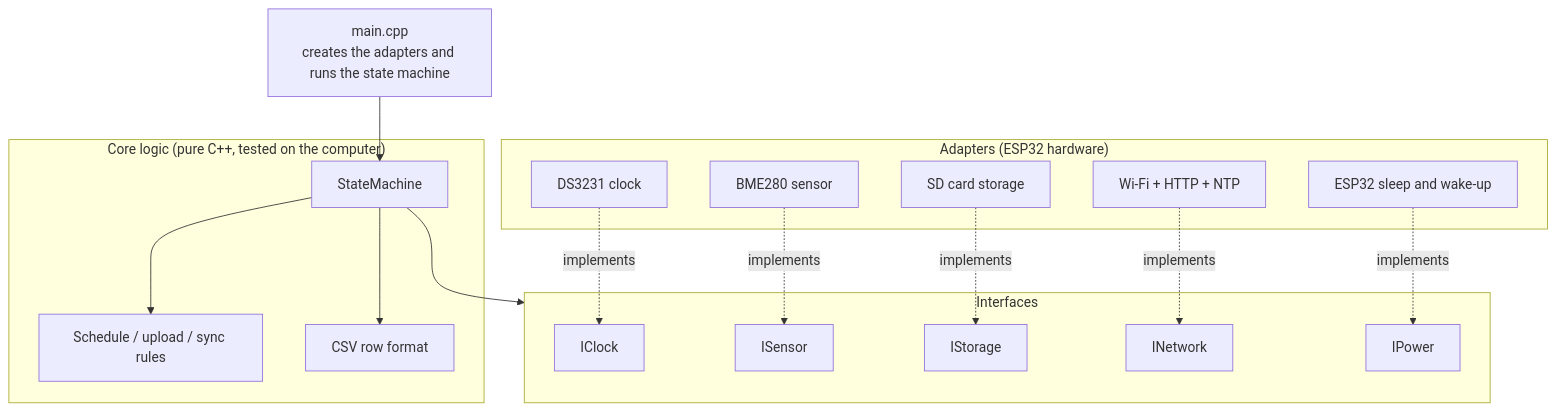
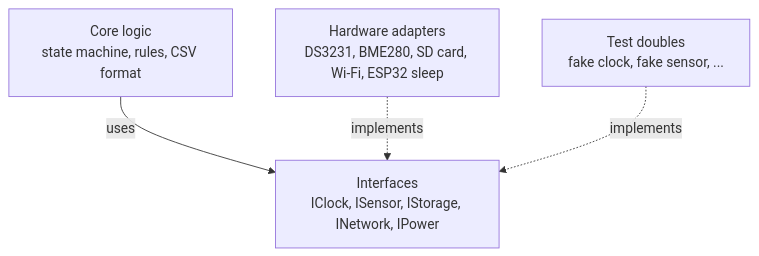
Before and after one commit to wg1d/personal-autonomous-weather-station: the second of 3 diagrams in docs/chapters/Architecture/Phase-04/00-design.qmd, drawn with Mermaid. The commit also changed other lines of this file and 1 other file, not shown here.

````diff
--- a/docs/chapters/Architecture/Phase-04/00-design.qmd
+++ b/docs/chapters/Architecture/Phase-04/00-design.qmd
@@ -122,32 +171,10 @@
 ```{mermaid}
-flowchart TB
-    main["main.cpp<br/>creates the adapters and runs the state machine"]
-    subgraph core["Core logic (pure C++, tested on the computer)"]
-        fsm[StateMachine]
-        policy["Schedule / upload / sync rules"]
-        csv[CSV row format]
-    end
-    subgraph ports["Interfaces"]
-        iclock[IClock]
-        isensor[ISensor]
-        istorage[IStorage]
-        inet[INetwork]
-        ipower[IPower]
-    end
-    subgraph adapters["Adapters (ESP32 hardware)"]
-        ds[DS3231 clock]
-        bme[BME280 sensor]
-        sd[SD card storage]
-        wifi[Wi-Fi + HTTP + NTP]
-        esp[ESP32 sleep and wake-up]
-    end
-    main --> fsm
-    fsm --> policy
-    fsm --> csv
-    fsm --> ports
-    ds -.implements.-> iclock
-    bme -.implements.-> isensor
-    sd -.implements.-> istorage
-    wifi -.implements.-> inet
-    esp -.implements.-> ipower
+flowchart TD
+    core["Core logic<br/>state machine, rules, CSV format"]
+    ports["Interfaces<br/>IClock, ISensor, IStorage, INetwork, IPower"]
+    hw["Hardware adapters<br/>DS3231, BME280, SD card, Wi-Fi, ESP32 sleep"]
+    doubles["Test doubles<br/>fake clock, fake sensor, ..."]
+    core -- uses --> ports
+    hw -. implements .-> ports
+    doubles -. implements .-> ports
 ```
````
